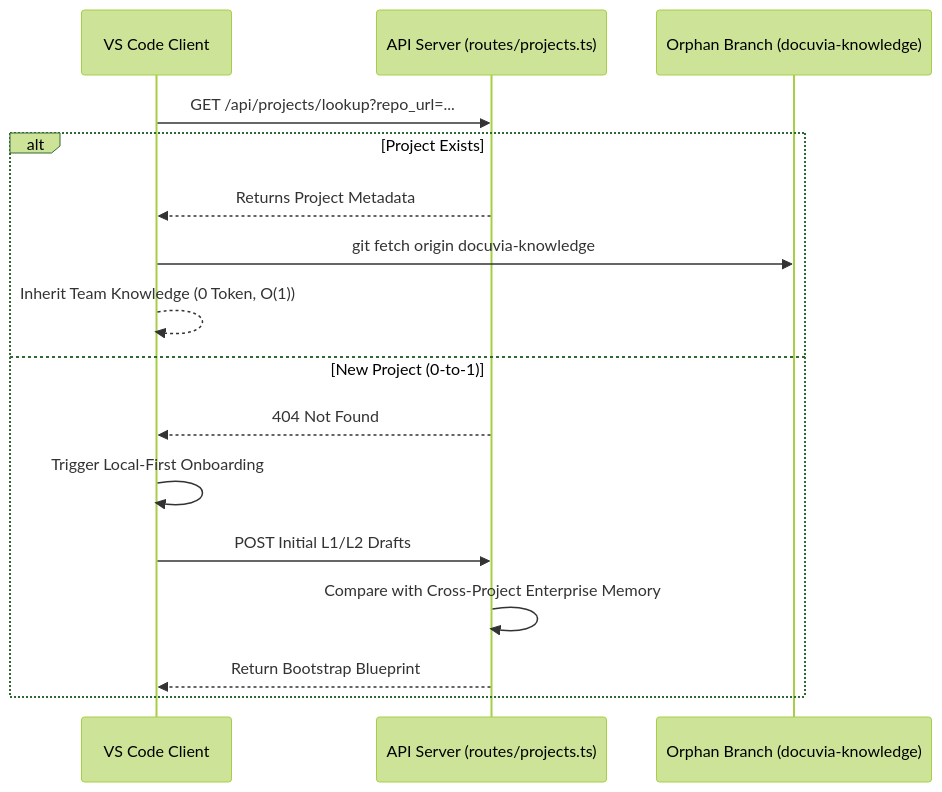
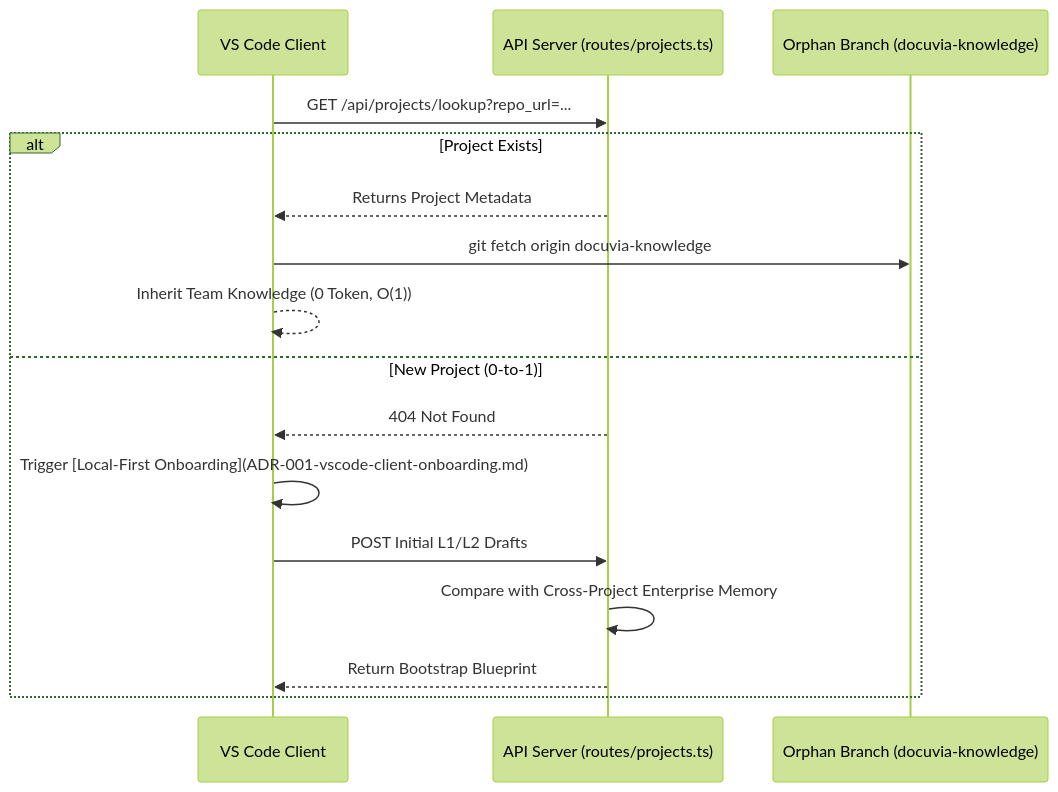
Before and after one commit to dyphn1/Docuvia: the diagram in docs/design/adrs/ADR-003-server-side-zero-to-one.md, drawn with Mermaid (forest theme). The commit also changed other lines of this file, not shown here.

Commit message:
docs(adr): inject cross-links into ADR-003

````diff
--- a/docs/design/adrs/ADR-003-server-side-zero-to-one.md
+++ b/docs/design/adrs/ADR-003-server-side-zero-to-one.md
@@ -9,20 +9,20 @@
 ```mermaid
 sequenceDiagram
     participant Local as VS Code Client
     participant API as API Server (routes/projects.ts)
     participant Git as Orphan Branch (docuvia-knowledge)
 
     Local->>API: GET /api/projects/lookup?repo_url=...
 
     alt Project Exists
         API-->>Local: Returns Project Metadata
         Local->>Git: git fetch origin docuvia-knowledge
         Local-->>Local: Inherit Team Knowledge (0 Token, O(1))
     else New Project (0-to-1)
         API-->>Local: 404 Not Found
-        Local->>Local: Trigger Local-First Onboarding
+        Local->>Local: Trigger [Local-First Onboarding](ADR-001-vscode-client-onboarding.md)
         Local->>API: POST Initial L1/L2 Drafts
         API->>API: Compare with Cross-Project Enterprise Memory
         API-->>Local: Return Bootstrap Blueprint
     end
 ```
````
